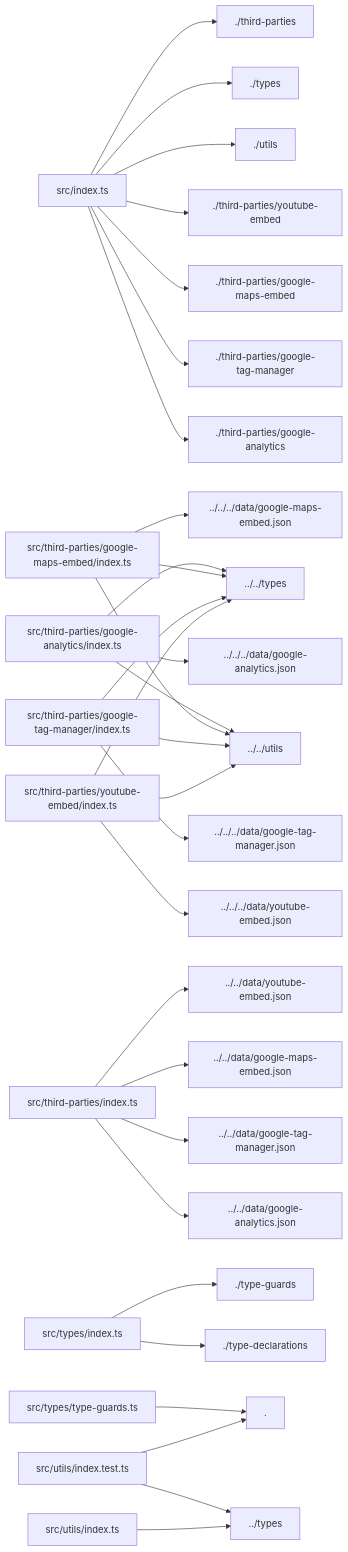
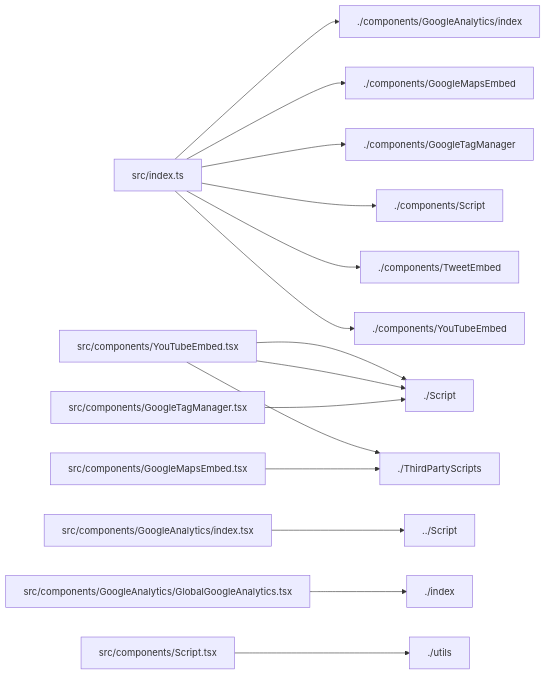
Before and after one commit to sanjaiyan-dev/urai-ecma: the diagram in output.md, drawn with Mermaid. The commit also changed other lines of this file and 2 other files, not shown here.

Commit message:
Enhance cache initialization with Zstd compression and fix JSON formatting in urai.config.jsonc

````diff
--- a/output.md
+++ b/output.md
@@ -123,32 +109,17 @@
 ```mermaid
 graph LR;
-    src/index.ts --> ./third-parties/google-analytics;
-    src/index.ts --> ./third-parties/google-tag-manager;
-    src/index.ts --> ./third-parties/google-maps-embed;
-    src/index.ts --> ./third-parties/youtube-embed;
-    src/index.ts --> ./utils;
-    src/index.ts --> ./types;
-    src/index.ts --> ./third-parties;
-    src/third-parties/google-analytics/index.ts --> ../../../data/google-analytics.json;
-    src/third-parties/google-analytics/index.ts --> ../../utils;
-    src/third-parties/google-analytics/index.ts --> ../../types;
-    src/third-parties/google-maps-embed/index.ts --> ../../../data/google-maps-embed.json;
-    src/third-parties/google-maps-embed/index.ts --> ../../utils;
-    src/third-parties/google-maps-embed/index.ts --> ../../types;
-    src/third-parties/google-tag-manager/index.ts --> ../../../data/google-tag-manager.json;
-    src/third-parties/google-tag-manager/index.ts --> ../../utils;
-    src/third-parties/google-tag-manager/index.ts --> ../../types;
-    src/third-parties/index.ts --> ../../data/google-analytics.json;
-    src/third-parties/index.ts --> ../../data/google-tag-manager.json;
-    src/third-parties/index.ts --> ../../data/google-maps-embed.json;
-    src/third-parties/index.ts --> ../../data/youtube-embed.json;
-    src/third-parties/youtube-embed/index.ts --> ../../../data/youtube-embed.json;
-    src/third-parties/youtube-embed/index.ts --> ../../utils;
-    src/third-parties/youtube-embed/index.ts --> ../../types;
-    src/types/index.ts --> ./type-declarations;
-    src/types/index.ts --> ./type-guards;
-    src/types/type-guards.ts --> .;
-    src/utils/index.test.ts --> .;
-    src/utils/index.test.ts --> ../types;
-    src/utils/index.ts --> ../types;
+    src/index.ts --> ./components/GoogleAnalytics/index;
+    src/index.ts --> ./components/GoogleMapsEmbed;
+    src/index.ts --> ./components/GoogleTagManager;
+    src/index.ts --> ./components/Script;
+    src/index.ts --> ./components/TweetEmbed;
+    src/index.ts --> ./components/YouTubeEmbed;
+    src/components/YouTubeEmbed.tsx --> ./Script;
+    src/components/YouTubeEmbed.tsx --> ./Script;
+    src/components/YouTubeEmbed.tsx --> ./ThirdPartyScripts;
+    src/components/GoogleAnalytics/index.tsx --> ../Script;
+    src/components/GoogleAnalytics/GlobalGoogleAnalytics.tsx --> ./index;
+    src/components/Script.tsx --> ./utils;
+    src/components/GoogleMapsEmbed.tsx --> ./ThirdPartyScripts;
+    src/components/GoogleTagManager.tsx --> ./Script;
 ```
````
